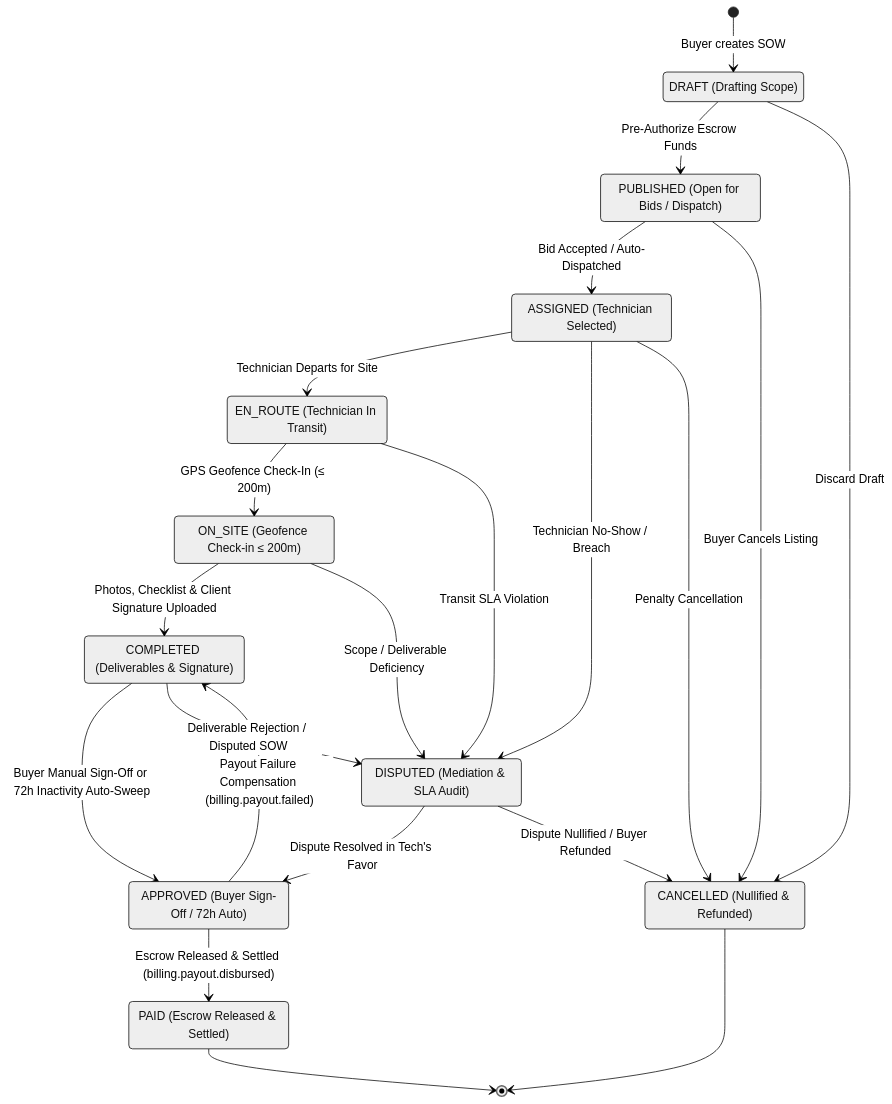
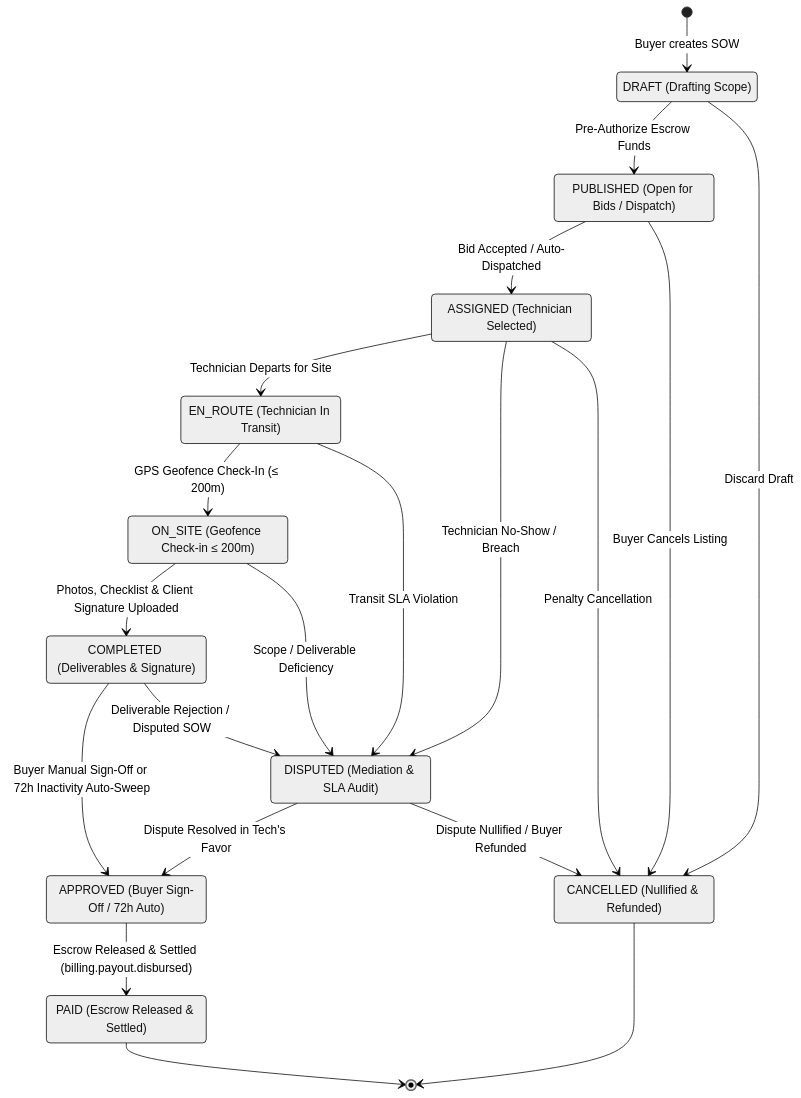
Before and after one commit to satya-ranjon/FieldForge: the fifth of 5 diagrams in README.md, drawn with Mermaid (neutral theme). The commit also changed other lines of this file and 14 other files, not shown here.

First line of the commit message:
fix(billing,work-orders): remediate premature PAYOUT_FAILED emission and maintain approval status (ISSUE-011)

````diff
--- a/README.md
+++ b/README.md
@@ -456,45 +456,44 @@
 ```mermaid
 stateDiagram-v2
     direction TB
 
     [*] --> DRAFT : Buyer creates SOW
 
     state "DRAFT (Drafting Scope)" as DRAFT
     state "PUBLISHED (Open for Bids / Dispatch)" as PUBLISHED
     state "ASSIGNED (Technician Selected)" as ASSIGNED
     state "EN_ROUTE (Technician In Transit)" as EN_ROUTE
     state "ON_SITE (Geofence Check-in ≤ 200m)" as ON_SITE
     state "COMPLETED (Deliverables & Signature)" as COMPLETED
     state "APPROVED (Buyer Sign-Off / 72h Auto)" as APPROVED
     state "PAID (Escrow Released & Settled)" as PAID
     state "DISPUTED (Mediation & SLA Audit)" as DISPUTED
     state "CANCELLED (Nullified & Refunded)" as CANCELLED
 
     DRAFT --> PUBLISHED : Pre-Authorize Escrow Funds
     DRAFT --> CANCELLED : Discard Draft
 
     PUBLISHED --> ASSIGNED : Bid Accepted / Auto-Dispatched
     PUBLISHED --> CANCELLED : Buyer Cancels Listing
 
     ASSIGNED --> EN_ROUTE : Technician Departs for Site
     ASSIGNED --> DISPUTED : Technician No-Show / Breach
     ASSIGNED --> CANCELLED : Penalty Cancellation
 
     EN_ROUTE --> ON_SITE : GPS Geofence Check-In (≤ 200m)
     EN_ROUTE --> DISPUTED : Transit SLA Violation
 
     ON_SITE --> COMPLETED : Photos, Checklist & Client Signature Uploaded
     ON_SITE --> DISPUTED : Scope / Deliverable Deficiency
 
     COMPLETED --> APPROVED : Buyer Manual Sign-Off or 72h Inactivity Auto-Sweep
     COMPLETED --> DISPUTED : Deliverable Rejection / Disputed SOW
 
     APPROVED --> PAID : Escrow Released & Settled (billing.payout.disbursed)
-    APPROVED --> COMPLETED : Payout Failure Compensation (billing.payout.failed)
 
     DISPUTED --> APPROVED : Dispute Resolved in Tech's Favor
     DISPUTED --> CANCELLED : Dispute Nullified / Buyer Refunded
 
     PAID --> [*]
     CANCELLED --> [*]
 ```
````
